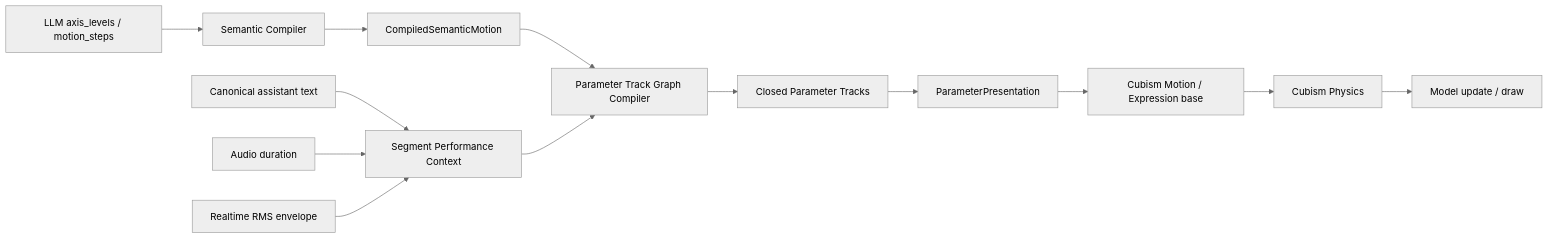
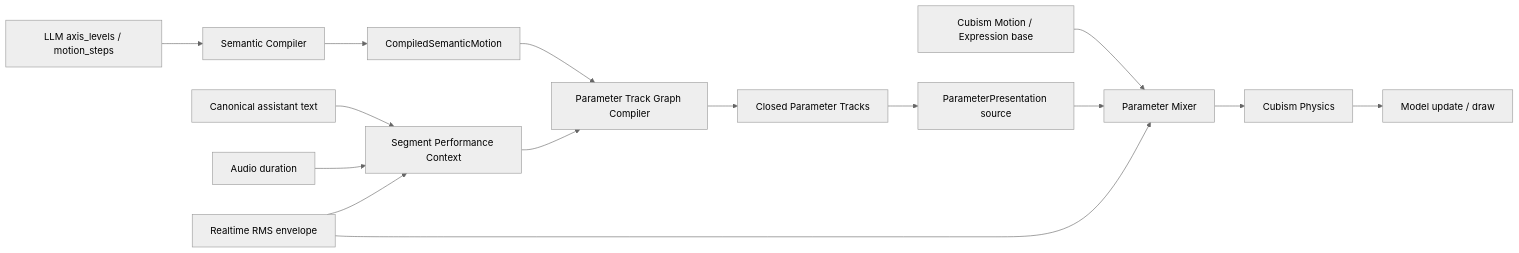
One commit to murphys7017/AG99live changed the diagram in docs/02-设计文档/15-动作表现优化实施方案.md. Above: the diagram before and after it, drawn with Mermaid (neutral theme). The commit also changed other lines of this file and 3 other files, not shown here.

Commit message:
docs: define parameter mixer boundary

````diff
--- a/docs/02-设计文档/15-动作表现优化实施方案.md
+++ b/docs/02-设计文档/15-动作表现优化实施方案.md
@@ -69,15 +69,17 @@
 ```mermaid
 flowchart LR
     A[LLM axis_levels / motion_steps] --> B[Semantic Compiler]
     B --> C[CompiledSemanticMotion]
     D[Canonical assistant text] --> E[Segment Performance Context]
     F[Audio duration] --> E
     G[Realtime RMS envelope] --> E
     C --> H[Parameter Track Graph Compiler]
     E --> H
     H --> I[Closed Parameter Tracks]
-    I --> J[ParameterPresentation]
-    J --> K[Cubism Motion / Expression base]
-    K --> L[Cubism Physics]
-    L --> M[Model update / draw]
+    I --> J[ParameterPresentation source]
+    K[Cubism Motion / Expression base] --> L[Parameter Mixer]
+    J --> L
+    G --> L
+    L --> M[Cubism Physics]
+    M --> N[Model update / draw]
 ```
````
